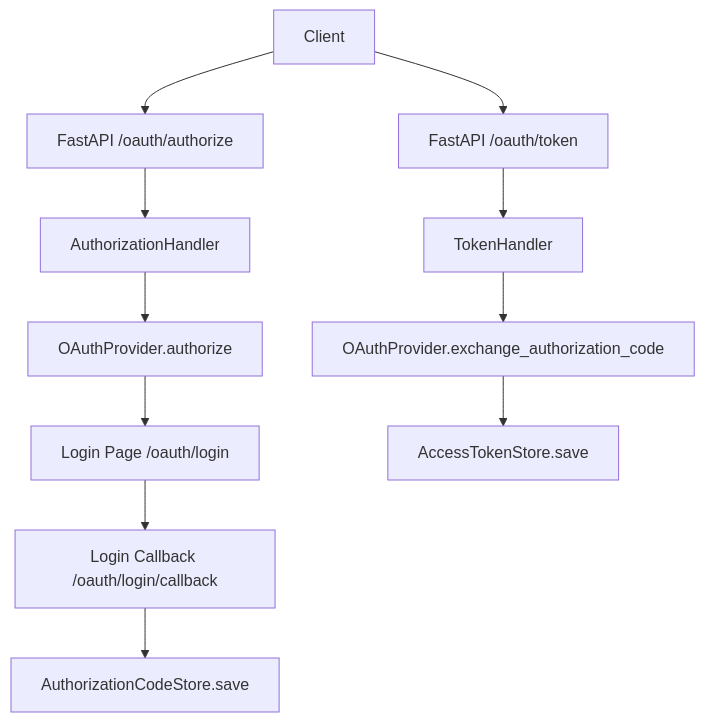
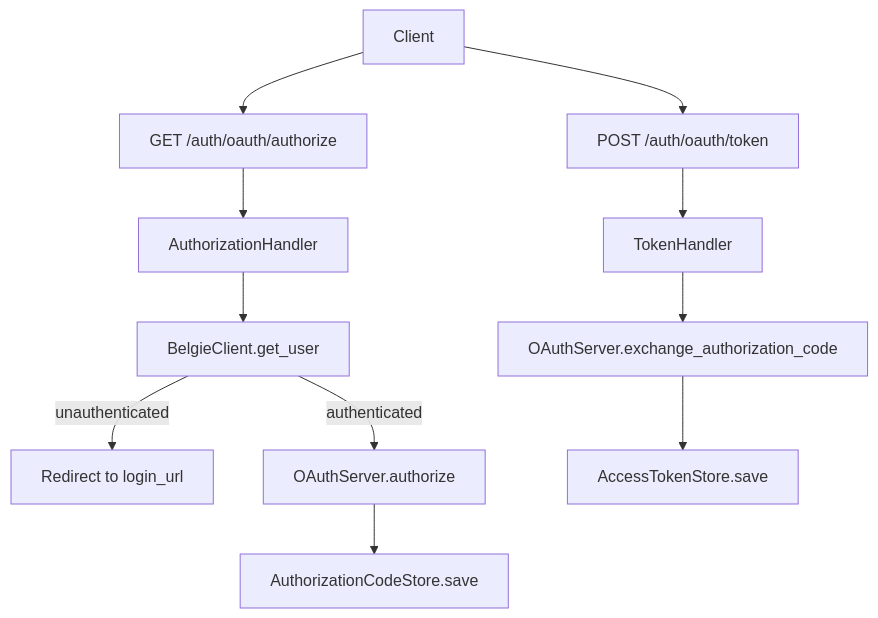
The first of 5 diagrams in design/010-belgie-oauth-auth-server.md (mplemay/belgie), drawn with Mermaid before and after one commit. The commit also changed other lines of this file and 21 other files, not shown here.

Commit message:
feat: add belgie-oauth auth server plugin

````diff
--- a/design/010-belgie-oauth-auth-server.md
+++ b/design/010-belgie-oauth-auth-server.md
@@ -75,13 +78,13 @@
 ```mermaid
 graph TD
-    A[Client] --> B[FastAPI /oauth/authorize]
+    A[Client] --> B[GET /auth/oauth/authorize]
     B --> C[AuthorizationHandler]
-    C --> D[OAuthProvider.authorize]
-    D --> E[Login Page /oauth/login]
-    E --> F[Login Callback /oauth/login/callback]
+    C --> D[BelgieClient.get_user]
+    D -->|unauthenticated| E[Redirect to login_url]
+    D -->|authenticated| F[OAuthServer.authorize]
     F --> G[AuthorizationCodeStore.save]
-    A --> H[FastAPI /oauth/token]
+    A --> H[POST /auth/oauth/token]
     H --> I[TokenHandler]
-    I --> J[OAuthProvider.exchange_authorization_code]
+    I --> J[OAuthServer.exchange_authorization_code]
     J --> K[AccessTokenStore.save]
 ```
````
